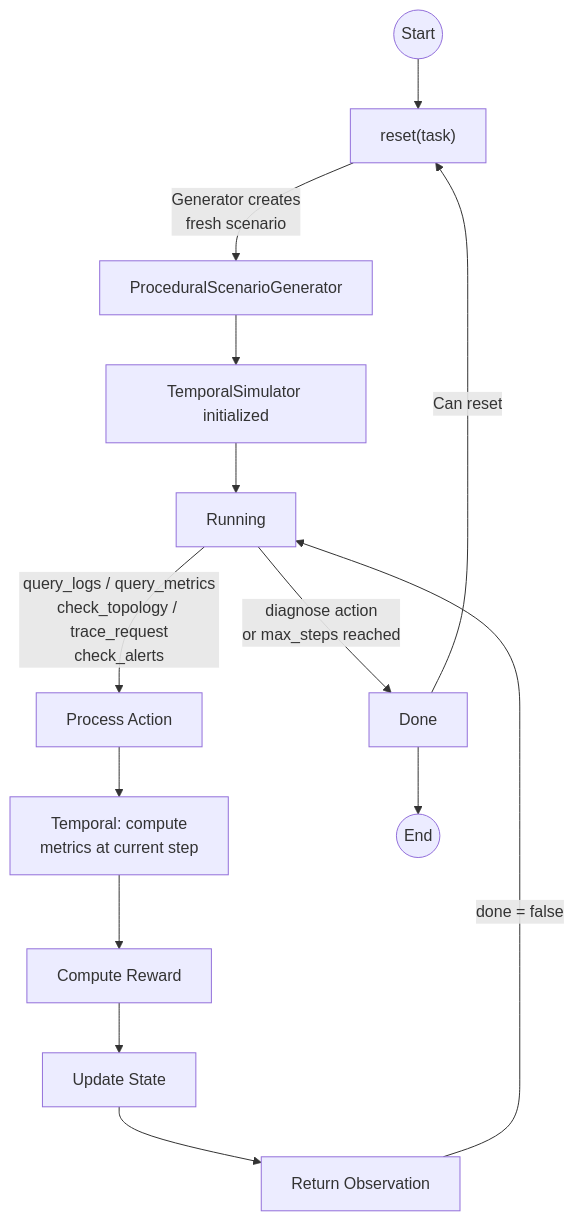
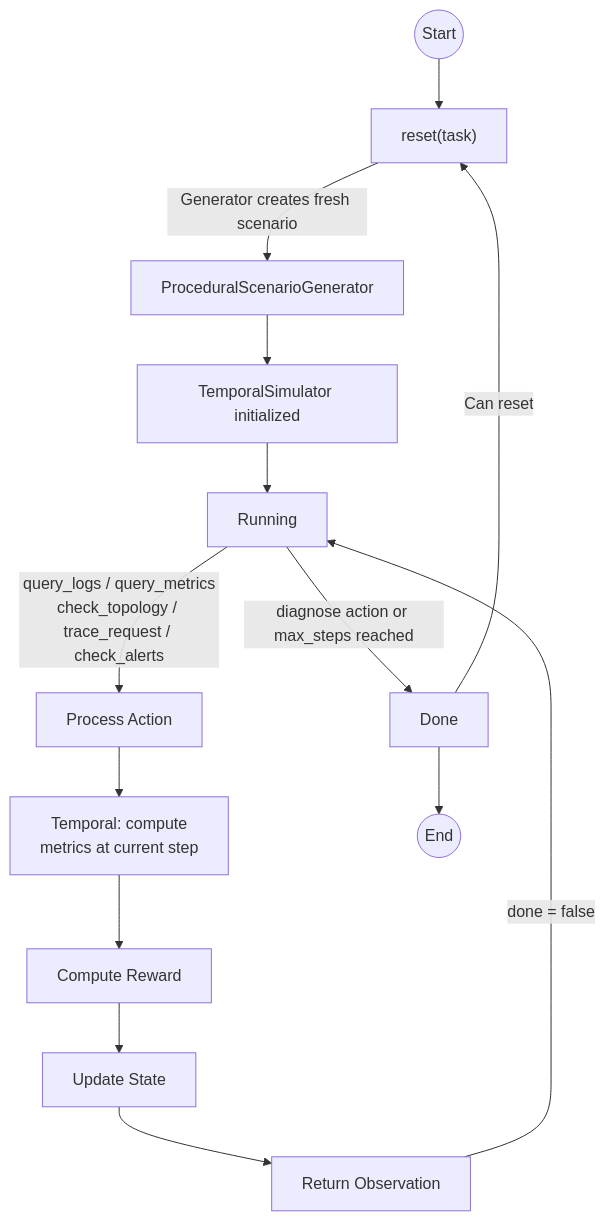
One commit to wildcraft958/incident_triage_env changed the second of 7 diagrams in docs/ARCHITECTURE.md. Above: the diagram before and after it, drawn with Mermaid. The commit also changed other lines of this file and 1 other file, not shown here.

First line of the commit message:
Fix Mermaid diagram rendering across all markdowns

````diff
--- a/docs/ARCHITECTURE.md
+++ b/docs/ARCHITECTURE.md
@@ -54,16 +54,16 @@
 ```mermaid
 flowchart TD
     START(("Start")) --> RESET["reset(task)"]
-    RESET -->|"Generator creates\nfresh scenario"| GEN["ProceduralScenarioGenerator"]
+    RESET -->|"Generator creates fresh scenario"| GEN["ProceduralScenarioGenerator"]
     GEN --> TEMPORAL["TemporalSimulator initialized"]
     TEMPORAL --> RUNNING["Running"]
-    RUNNING -->|"query_logs / query_metrics\ncheck_topology / trace_request\ncheck_alerts"| PROCESS["Process Action"]
-    PROCESS --> DEGRADE["Temporal: compute\nmetrics at current step"]
+    RUNNING -->|"query_logs / query_metrics<br/>check_topology / trace_request / check_alerts"| PROCESS["Process Action"]
+    PROCESS --> DEGRADE["Temporal: compute<br/>metrics at current step"]
     DEGRADE --> REWARD["Compute Reward"]
     REWARD --> UPDATE["Update State"]
     UPDATE --> OBS["Return Observation"]
     OBS -->|"done = false"| RUNNING
-    RUNNING -->|"diagnose action\nor max_steps reached"| DONE["Done"]
+    RUNNING -->|"diagnose action or max_steps reached"| DONE["Done"]
     DONE -->|"Can reset"| RESET
     DONE --> END(("End"))
 ```
````
